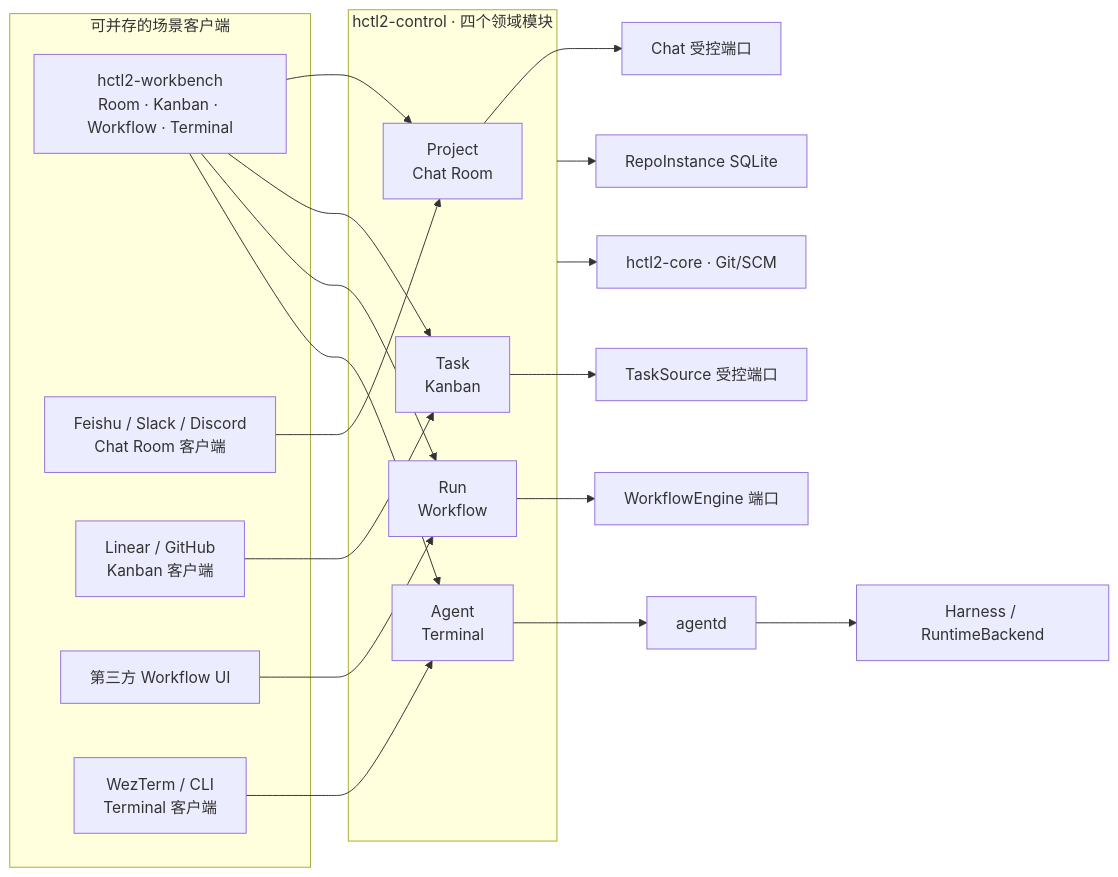
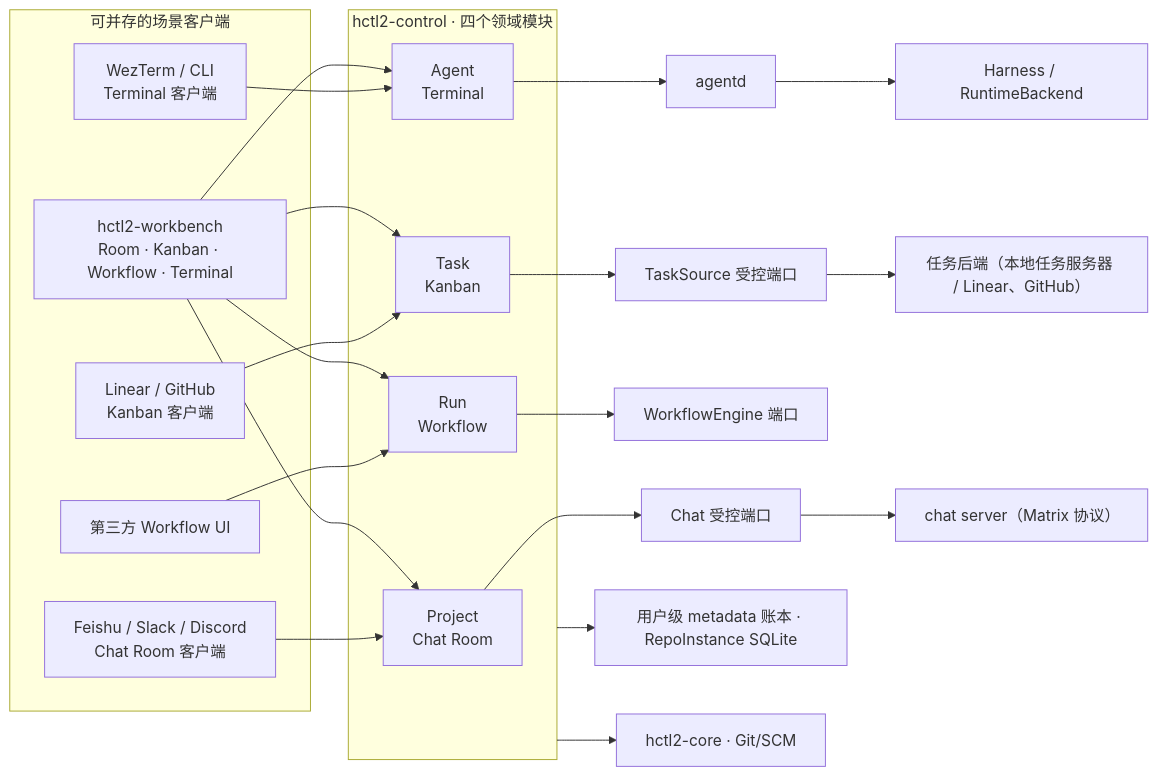
The second of 2 diagrams in README.md (yesme/hctl2), drawn with Mermaid before and after one commit. The commit also changed other lines of this file and 14 other files, not shown here.

````diff
--- a/README.md
+++ b/README.md
@@ -98,35 +98,37 @@
 ```mermaid
 flowchart LR
     subgraph Clients["可并存的场景客户端"]
         Bench["hctl2-workbench\nRoom · Kanban · Workflow · Terminal"]
         ChatClient["Feishu / Slack / Discord\nChat Room 客户端"]
         TaskClient["Linear / GitHub\nKanban 客户端"]
         WorkflowClient["第三方 Workflow UI"]
         TerminalClient["WezTerm / CLI\nTerminal 客户端"]
     end
 
     subgraph Control["hctl2-control · 四个领域模块"]
         P["Project\nChat Room"]
         T["Task\nKanban"]
         R["Run\nWorkflow"]
         H["Agent\nTerminal"]
     end
 
     Bench --> P
     Bench --> T
     Bench --> R
     Bench --> H
     ChatClient --> P
     TaskClient --> T
     WorkflowClient --> R
     TerminalClient --> H
 
     P --> ChatPort["Chat 受控端口"]
+    ChatPort --> ChatSrv["chat server（Matrix 协议）"]
     T --> TaskSource["TaskSource 受控端口"]
+    TaskSource --> TaskBackend["任务后端（本地任务服务器 / Linear、GitHub）"]
     R --> Engine["WorkflowEngine 端口"]
     H --> Agentd["agentd"]
     Agentd --> Runtime["Harness / RuntimeBackend"]
 
-    Control --> DB["RepoInstance SQLite"]
+    Control --> DB["用户级 metadata 账本 · RepoInstance SQLite"]
     Control --> Core["hctl2-core · Git/SCM"]
 ```
````
